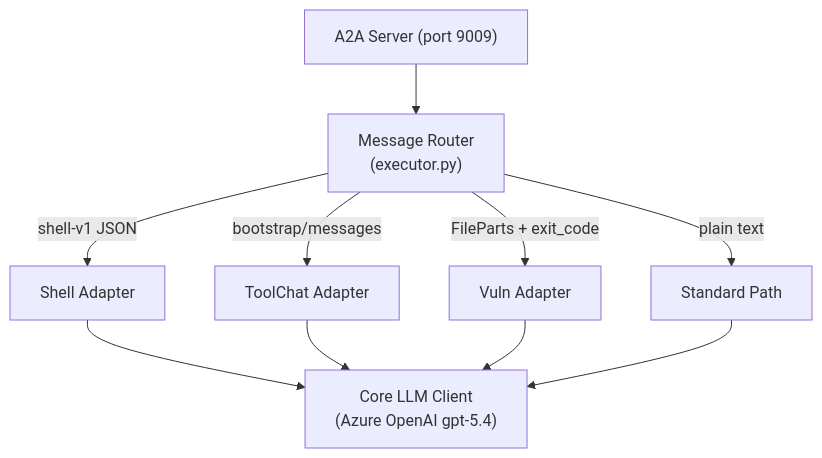
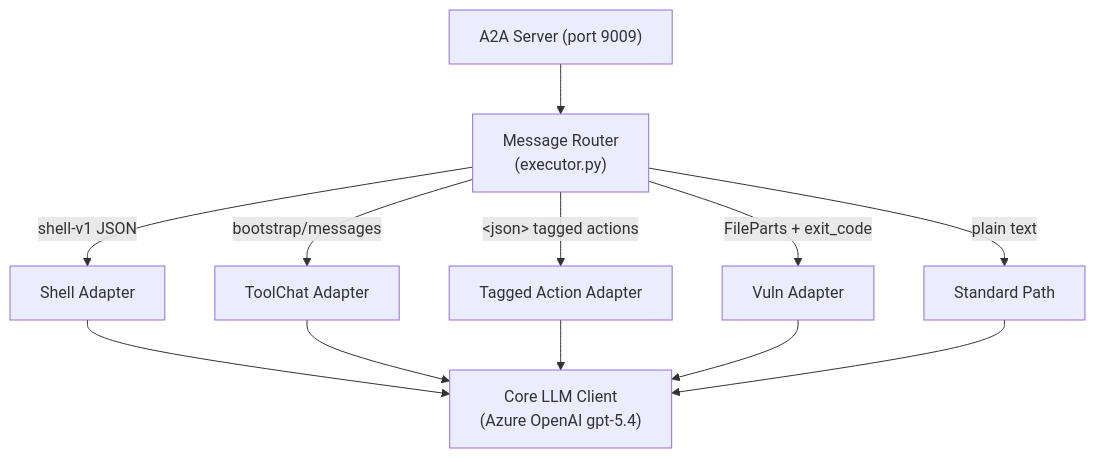
Before and after one commit to paulwhitten/AgentWhetters-general-purple: the diagram in README.md, drawn with Mermaid. The commit also changed other lines of this file and 4 other files, not shown here.

Commit message:
better name the tagged action adapter

````diff
--- a/README.md
+++ b/README.md
@@ -26,14 +30,16 @@
 ```mermaid
 graph TD
     A2A["A2A Server (port 9009)"] --> Router["Message Router<br/>(executor.py)"]
 
     Router -->|"shell-v1 JSON"| Shell["Shell Adapter"]
     Router -->|"bootstrap/messages"| ToolChat["ToolChat Adapter"]
+    Router -->|"&lt;json&gt; tagged actions"| Tagged["Tagged Action Adapter"]
     Router -->|"FileParts + exit_code"| Vuln["Vuln Adapter"]
     Router -->|"plain text"| Standard["Standard Path"]
 
     Shell --> LLM["Core LLM Client<br/>(Azure OpenAI gpt-5.4)"]
     ToolChat --> LLM
+    Tagged --> LLM
     Vuln --> LLM
     Standard --> LLM
 ```
````
